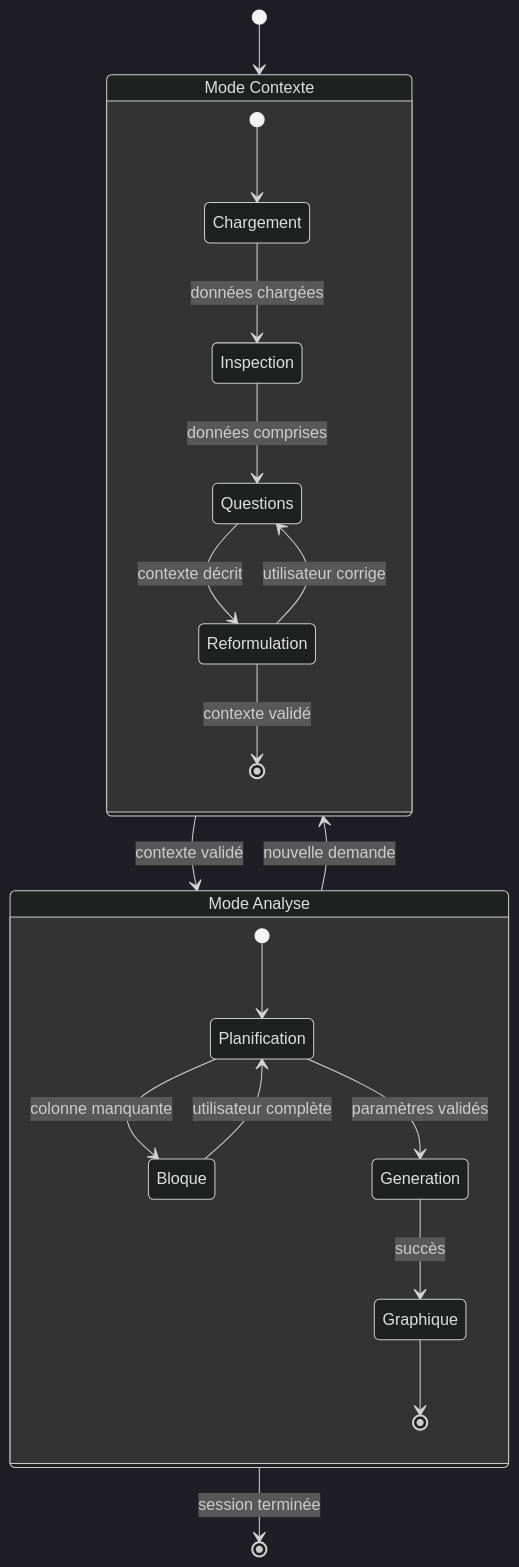
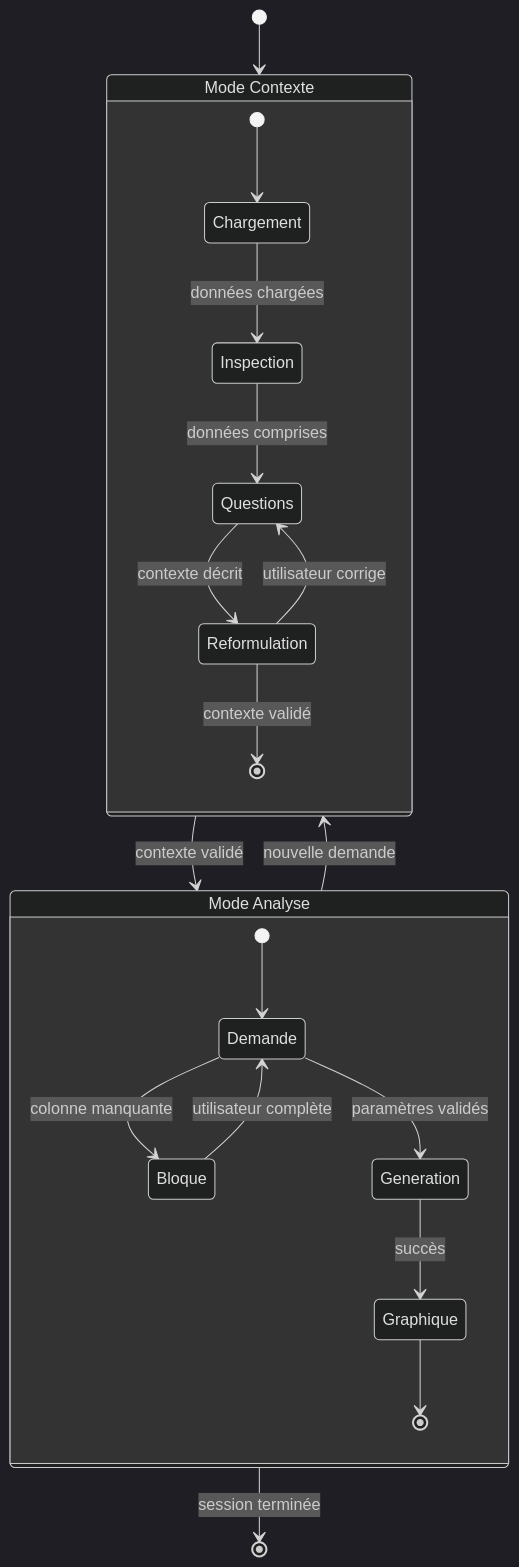
The first of 3 diagrams in docs/PRD_IDEA_copepod.md (TidianeCisse777/assistant-copepodes-specs), drawn with Mermaid (dark theme) before and after one commit. The commit also changed 1 other file, not shown here.

Commit message:
docs: rename Planification → Demande in Mode Analyse diagram

````diff
--- a/docs/PRD_IDEA_copepod.md
+++ b/docs/PRD_IDEA_copepod.md
@@ -87,26 +87,26 @@
 ```mermaid
 stateDiagram-v2
     [*] --> MC
 
     state "Mode Contexte" as MC {
         [*] --> Chargement
         Chargement --> Inspection : données chargées
         Inspection --> Questions : données comprises
         Questions --> Reformulation : contexte décrit
         Reformulation --> Questions : utilisateur corrige
         Reformulation --> [*] : contexte validé
     }
 
     state "Mode Analyse" as MA {
-        [*] --> Planification
-        Planification --> Bloque : colonne manquante
-        Bloque --> Planification : utilisateur complète
-        Planification --> Generation : paramètres validés
+        [*] --> Demande
+        Demande --> Bloque : colonne manquante
+        Bloque --> Demande : utilisateur complète
+        Demande --> Generation : paramètres validés
         Generation --> Graphique : succès
         Graphique --> [*]
     }
 
     MC --> MA : contexte validé
     MA --> MC : nouvelle demande
     MA --> [*] : session terminée
 ```
````
